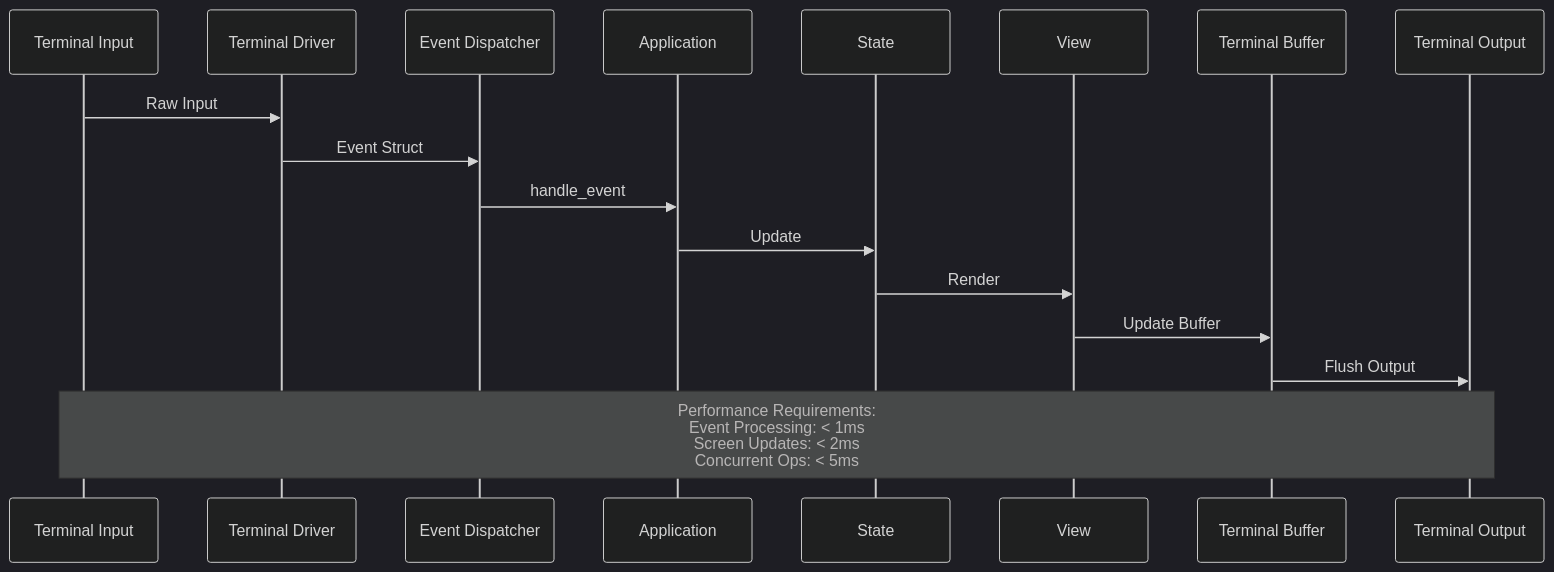
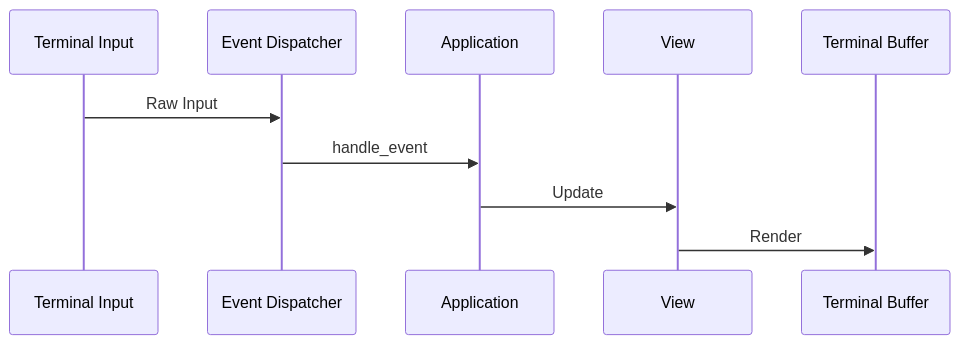
One commit to Hydepwns/raxol changed the eighth of 9 diagrams in docs/ARCHITECTURE.md. Above: the diagram before and after it, drawn with Mermaid. The commit also changed other lines of this file and 17 other files, not shown here.

````diff
--- a/docs/ARCHITECTURE.md
+++ b/docs/ARCHITECTURE.md
@@ -227,22 +162,13 @@
 ```mermaid
-%%{init: { 'theme': 'dark', 'themeVariables': { 'fontSize': '18px', 'fontFamily': 'Inter, Arial, sans-serif', 'primaryColor': '#22223b', 'primaryTextColor': '#f8f8f2', 'primaryBorderColor': '#f8f8f2', 'lineColor': '#f8f8f2', 'edgeLabelBackground':'#22223b', 'clusterBkg':'#2a2a40', 'clusterBorder':'#f8f8f2' } } }%%
 sequenceDiagram
     participant TI as Terminal Input
-    participant TD as Terminal Driver
     participant ED as Event Dispatcher
     participant App as Application
-    participant State as State
     participant View as View
     participant TB as Terminal Buffer
-    participant TO as Terminal Output
 
-    TI->>TD: Raw Input
-    TD->>ED: Event Struct
+    TI->>ED: Raw Input
     ED->>App: handle_event
-    App->>State: Update
-    State->>View: Render
-    View->>TB: Update Buffer
-    TB->>TO: Flush Output
-
-    Note over TI,TO: Performance Requirements:<br/>Event Processing: < 1ms<br/>Screen Updates: < 2ms<br/>Concurrent Ops: < 5ms
+    App->>View: Update
+    View->>TB: Render
 ```
````
